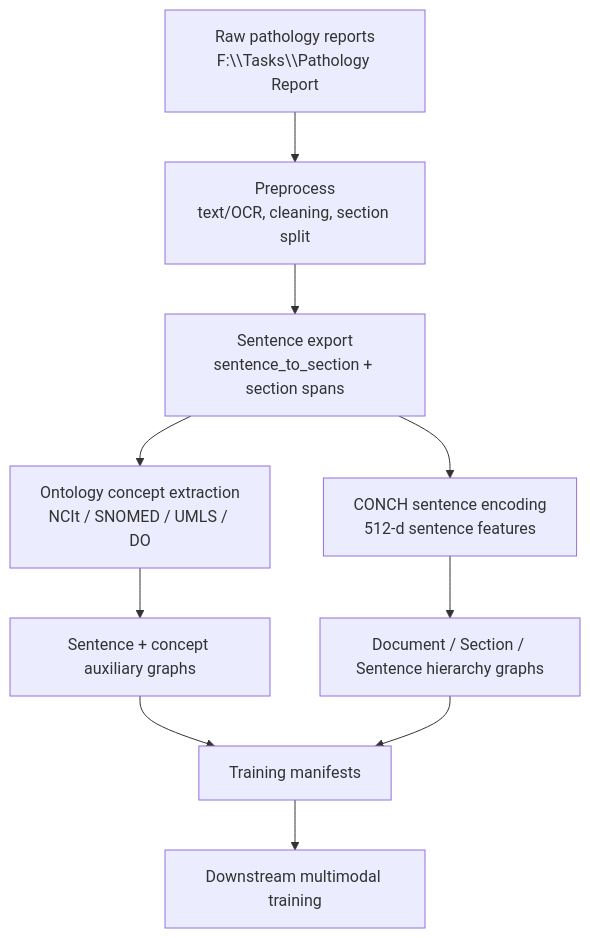
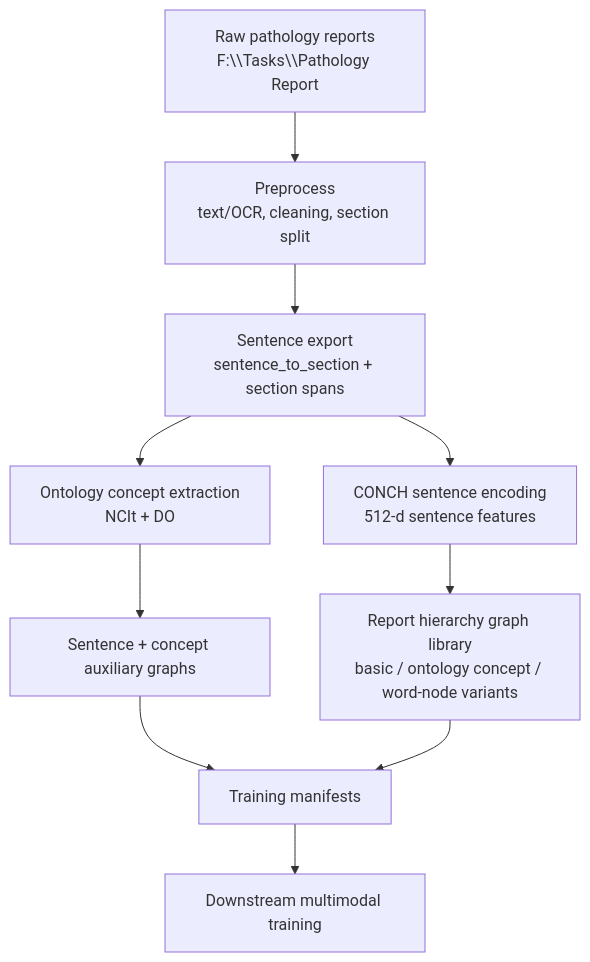
One commit to Qingjing520/isbi_code changed the diagram in pathology_report_extraction/workflow_overview.md. Above: the diagram before and after it, drawn with Mermaid. The commit also changed other lines of this file and 32 other files, not shown here.

Commit message:
Add noise-aware text graph ontology pipeline

````diff
--- a/pathology_report_extraction/workflow_overview.md
+++ b/pathology_report_extraction/workflow_overview.md
@@ -6,12 +6,12 @@
 ```mermaid
 flowchart TD
     A["Raw pathology reports<br/>F:\\Tasks\\Pathology Report"] --> B["Preprocess<br/>text/OCR, cleaning, section split"]
     B --> C["Sentence export<br/>sentence_to_section + section spans"]
-    C --> D["Ontology concept extraction<br/>NCIt / SNOMED / UMLS / DO"]
+    C --> D["Ontology concept extraction<br/>NCIt + DO"]
     C --> E["CONCH sentence encoding<br/>512-d sentence features"]
     D --> F["Sentence + concept auxiliary graphs"]
-    E --> G["Document / Section / Sentence hierarchy graphs"]
+    E --> G["Report hierarchy graph library<br/>basic / ontology concept / word-node variants"]
     F --> H["Training manifests"]
     G --> H
     H --> I["Downstream multimodal training"]
 ```
````
